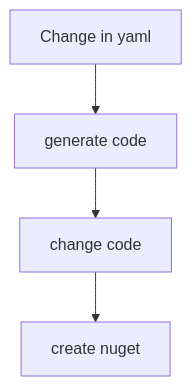
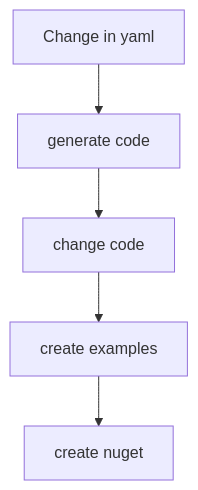
Before and after one commit to PxTools/PxApiSpecs: the diagram in generator/Readme.md, drawn with Mermaid.

````diff
--- a/generator/Readme.md
+++ b/generator/Readme.md
@@ -3,6 +3,7 @@
 ```mermaid
   graph TD;
       A[Change in yaml]-->B[generate code];
       B-->C[change code];
-      C-->D[create nuget];
+      C-->D[create examples];
+      D-->E[create nuget];
 ```
````
